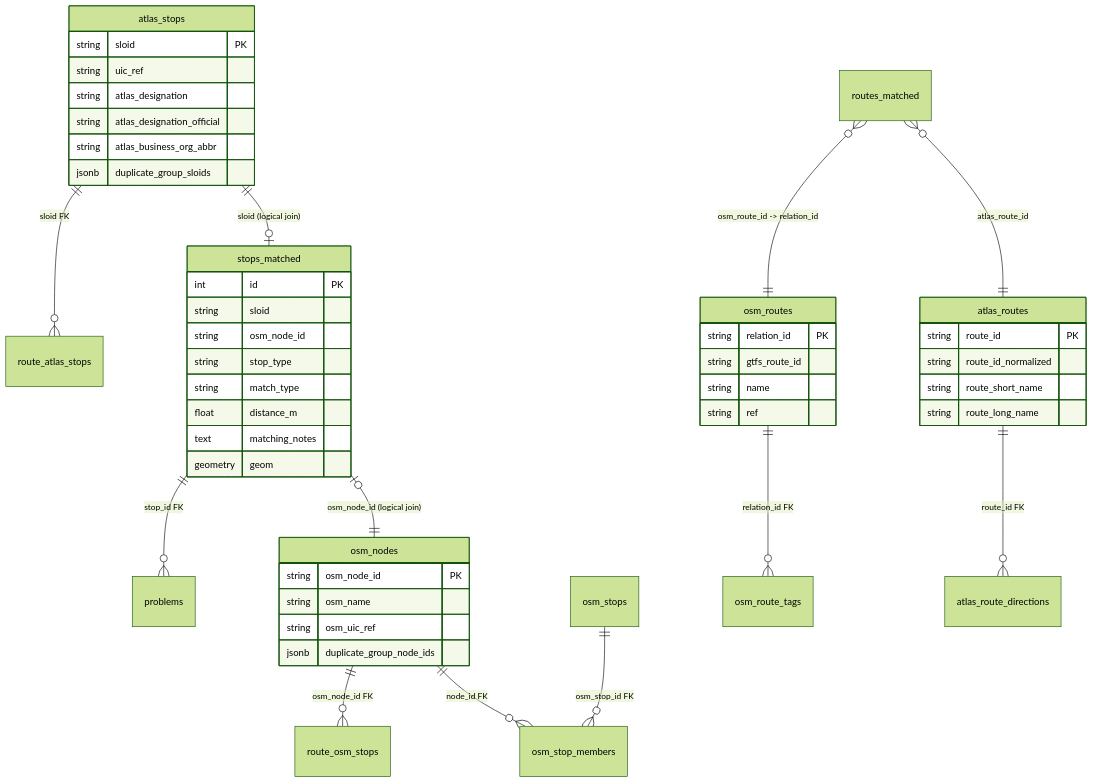
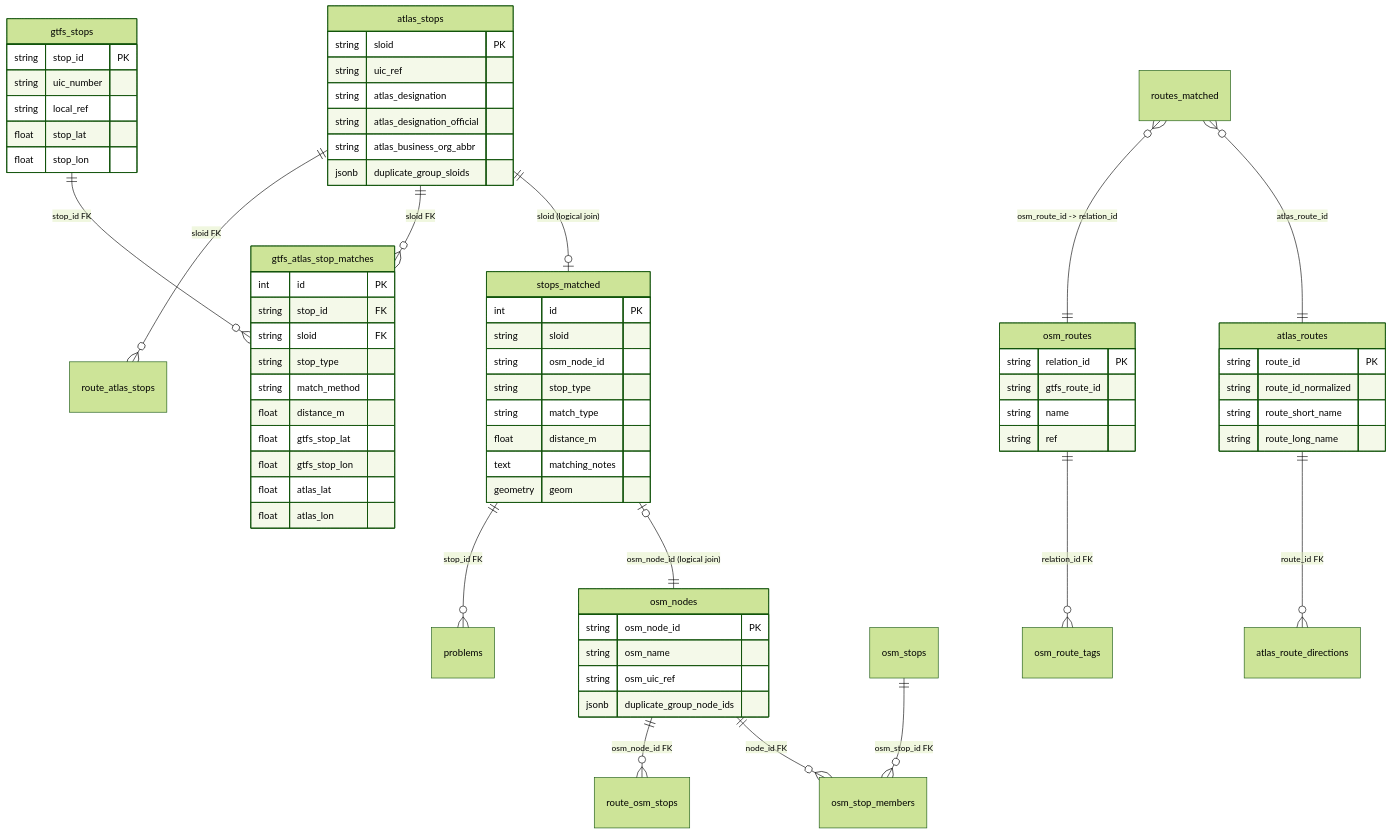
One commit to openTdataCH/stop_sync_osm_atlas changed the second of 2 diagrams in documentation/4. Database.md. Above: the diagram before and after it, drawn with Mermaid (forest theme). The commit also changed other lines of this file and 26 other files, not shown here.

````diff
--- a/documentation/4. Database.md
+++ b/documentation/4. Database.md
@@ -63,55 +69,78 @@
 ```mermaid
 erDiagram
     atlas_stops ||--o| stops_matched : "sloid (logical join)"
+    atlas_stops ||--o{ gtfs_atlas_stop_matches : "sloid FK"
+    gtfs_stops ||--o{ gtfs_atlas_stop_matches : "stop_id FK"
     stops_matched |o--|| osm_nodes : "osm_node_id (logical join)"
     stops_matched ||--o{ problems : "stop_id FK"
     osm_nodes ||--o{ osm_stop_members : "node_id FK"
     osm_stops ||--o{ osm_stop_members : "osm_stop_id FK"
     atlas_routes ||--o{ atlas_route_directions : "route_id FK"
     atlas_stops ||--o{ route_atlas_stops : "sloid FK"
     osm_routes ||--o{ osm_route_tags : "relation_id FK"
     osm_nodes ||--o{ route_osm_stops : "osm_node_id FK"
     routes_matched }o--|| atlas_routes : "atlas_route_id"
     routes_matched }o--|| osm_routes : "osm_route_id -> relation_id"
 
     stops_matched {
         int id PK
         string sloid
         string osm_node_id
         string stop_type
         string match_type
         float distance_m
         text matching_notes
         geometry geom
     }
 
     atlas_stops {
         string sloid PK
         string uic_ref
         string atlas_designation
         string atlas_designation_official
         string atlas_business_org_abbr
         jsonb duplicate_group_sloids
     }
 
+    gtfs_stops {
+        string stop_id PK
+        string uic_number
+        string local_ref
+        float stop_lat
+        float stop_lon
+    }
+
+    gtfs_atlas_stop_matches {
+        int id PK
+        string stop_id FK
+        string sloid FK
+        string stop_type
+        string match_method
+        float distance_m
+        float gtfs_stop_lat
+        float gtfs_stop_lon
+        float atlas_lat
+        float atlas_lon
+    }
+
     osm_nodes {
         string osm_node_id PK
         string osm_name
         string osm_uic_ref
         jsonb duplicate_group_node_ids
     }
 
     atlas_routes {
         string route_id PK
         string route_id_normalized
         string route_short_name
         string route_long_name
     }
 
     osm_routes {
         string relation_id PK
         string gtfs_route_id
         string name
         string ref
     }
 ```
````
